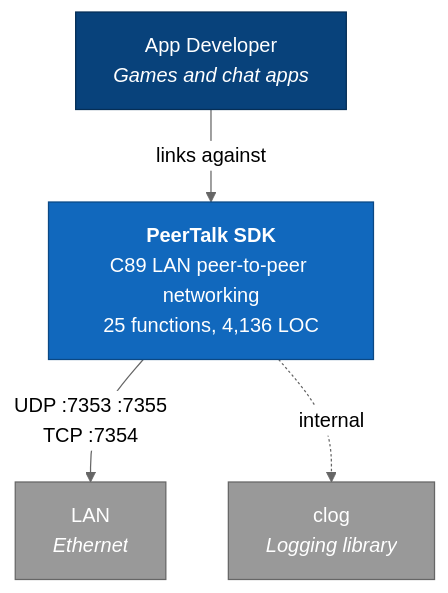
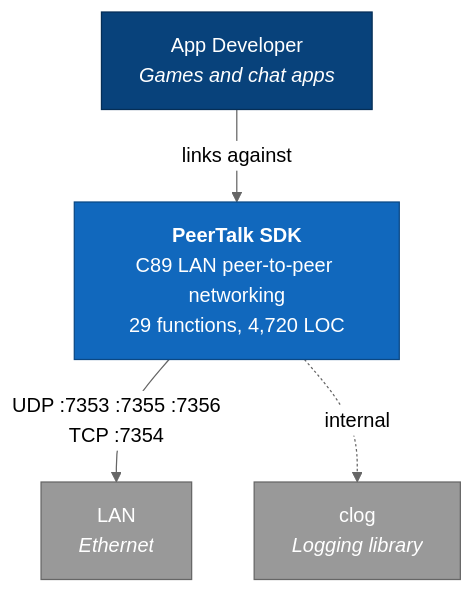
One commit to matthewdeaves/peertalk changed the first of 12 diagrams in ARCHITECTURE.md. Above: the diagram before and after it, drawn with Mermaid (neutral theme). The commit also changed other lines of this file and 6 other files, not shown here.

````diff
--- a/ARCHITECTURE.md
+++ b/ARCHITECTURE.md
@@ -7,16 +7,16 @@
 ```mermaid
 graph TB
     Dev["App Developer<br/><i>Games and chat apps</i>"]
-    SDK["<b>PeerTalk SDK</b><br/>C89 LAN peer-to-peer networking<br/>25 functions, 4,136 LOC"]
+    SDK["<b>PeerTalk SDK</b><br/>C89 LAN peer-to-peer networking<br/>29 functions, 4,720 LOC"]
     LAN["LAN<br/><i>Ethernet</i>"]
     Clog["clog<br/><i>Logging library</i>"]
 
     Dev -->|"links against"| SDK
-    SDK -->|"UDP :7353 :7355<br/>TCP :7354"| LAN
+    SDK -->|"UDP :7353 :7355 :7356<br/>TCP :7354"| LAN
     SDK -.->|"internal"| Clog
 
     style SDK fill:#1168bd,stroke:#0b4884,color:#fff
     style Dev fill:#08427b,stroke:#052e56,color:#fff
     style LAN fill:#999,stroke:#666,color:#fff
     style Clog fill:#999,stroke:#666,color:#fff
 ```
````
